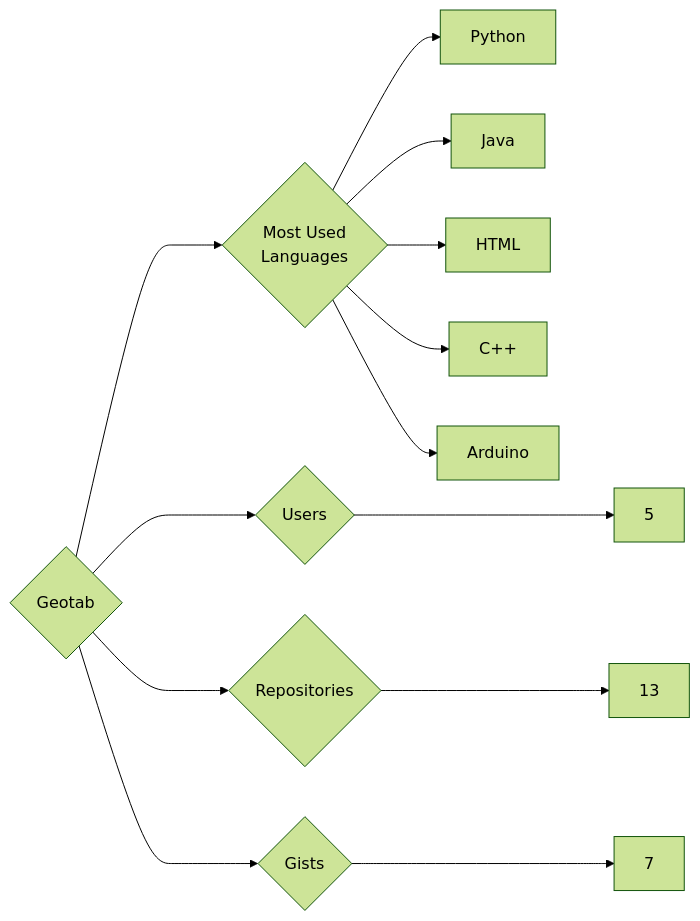
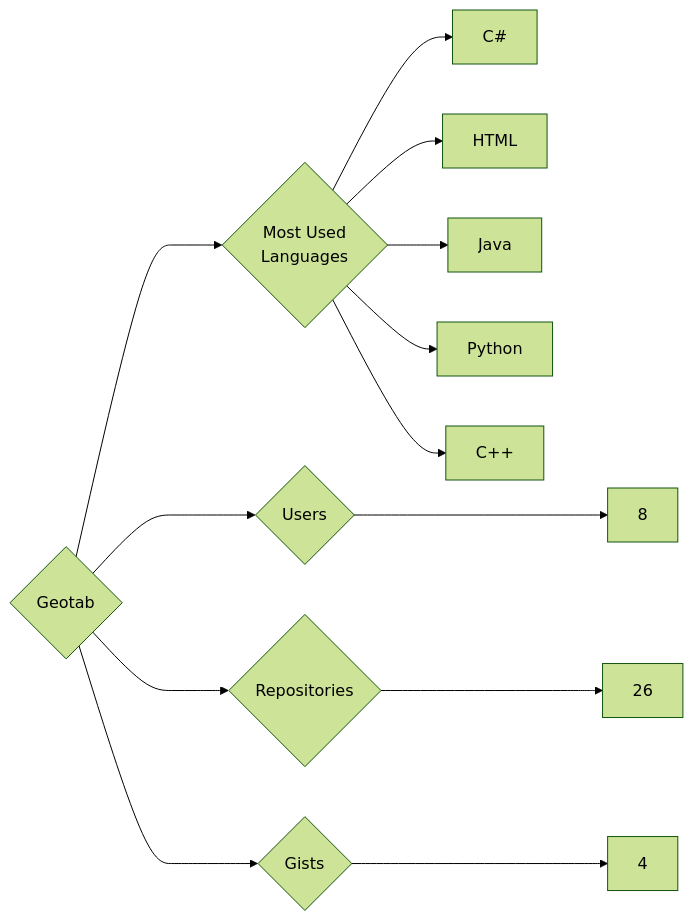
The diagram in targets/Geotab/README.md (trickest/insiders), drawn with Mermaid (forest theme) before and after one commit. The commit also changed 1055 other files, not shown here.

````diff
--- a/targets/Geotab/README.md
+++ b/targets/Geotab/README.md
@@ -3,13 +3,13 @@
 ```mermaid
 graph LR
 COMPANY_NAME{Geotab}
-COMPANY_NAME ---> U{Users} ---> UN[5]
-COMPANY_NAME ---> R{Repositories} ---> RN[13]
-COMPANY_NAME ---> G{Gists} ---> GN[7]
+COMPANY_NAME ---> U{Users} ---> UN[8]
+COMPANY_NAME ---> R{Repositories} ---> RN[26]
+COMPANY_NAME ---> G{Gists} ---> GN[4]
 COMPANY_NAME ---> ML{Most Used<br>Languages}
+ML --> C#[C#]
+ML --> HTML[HTML]
+ML --> Java[Java]
 ML --> Python[Python]
-ML --> Java[Java]
-ML --> HTML[HTML]
 ML --> C++[C++]
-ML --> Arduino[Arduino]
 ```
````
